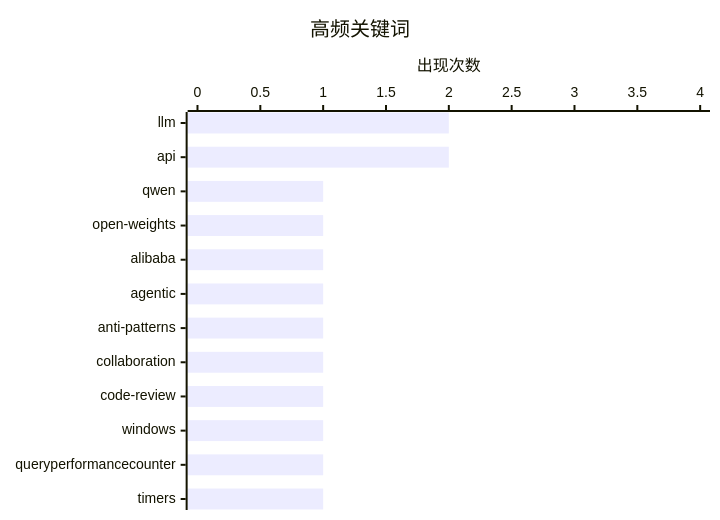
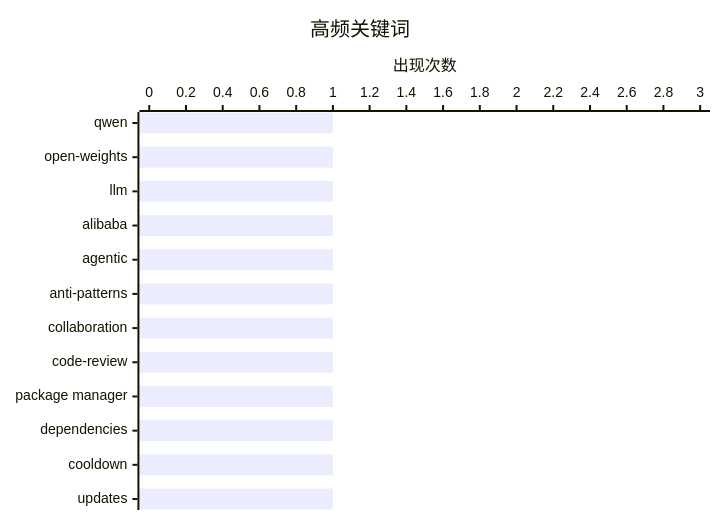
One commit to originem0/SZBlog changed the second of 2 diagrams in content/ai-daily/2026-03-05.md. Above: the diagram before and after it, drawn with Mermaid. The commit also changed other lines of this file, not shown here.

````diff
--- a/content/ai-daily/2026-03-05.md
+++ b/content/ai-daily/2026-03-05.md
@@ -70,7 +71,7 @@
 ```mermaid
 xychart-beta horizontal
     title "高频关键词"
-    x-axis ["llm", "api", "qwen", "open-weights", "alibaba", "agentic", "anti-patterns", "collaboration", "code-review", "windows", "queryperformancecounter", "timers"]
-    y-axis "出现次数" 0 --> 4
-    bar [2, 2, 1, 1, 1, 1, 1, 1, 1, 1, 1, 1]
+    x-axis ["qwen", "open-weights", "llm", "alibaba", "agentic", "anti-patterns", "collaboration", "code-review", "package manager", "dependencies", "cooldown", "updates"]
+    y-axis "出现次数" 0 --> 3
+    bar [1, 1, 1, 1, 1, 1, 1, 1, 1, 1, 1, 1]
 ```
````
